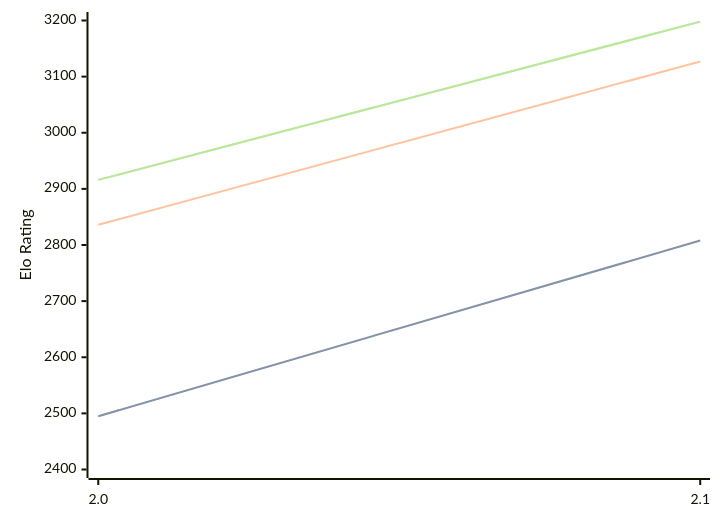
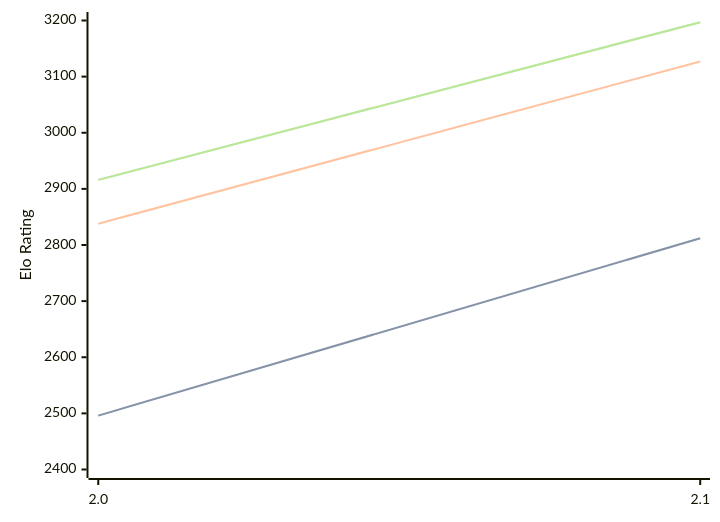
One commit to computer-chess-index/cci changed the third of 3 diagrams in engines/Tunguska.md. Above: the diagram before and after it, drawn with Mermaid. The commit also changed other lines of this file, not shown here.

Commit message:
Update CCI Ratings (ELO VLTC) - 2026-06-24

````diff
--- a/engines/Tunguska.md
+++ b/engines/Tunguska.md
@@ -65,11 +65,11 @@
 ```mermaid
 %%{init: {"theme":"base","themeVariables":{"seriesColors:['#a3a3a3','#222221','#faa371']}}}%%
 xychart-beta
   x-axis ["2.0", "2.1"]
   y-axis "Elo Rating" 2400 --> 3200
-  line "STC (8.0+0.08s)" [2495, 2808]
-  line "STC (8.0+0.08s)" [2495, 2808]
-  line "LTC (60.0+0.60s)" [2836, 3127]
-  line "VLTC (2m24s+1.12s)" [2916, 3198]
-  line "VLTC (2m24s+1.12s)" [2916, 3198]
+  line "STC (8.0+0.08s)" [2496, 2812]
+  line "STC (8.0+0.08s)" [2496, 2812]
+  line "LTC (60.0+0.60s)" [2838, 3127]
+  line "VLTC (2m24s+1.12s)" [2916, 3197]
+  line "VLTC (2m24s+1.12s)" [2916, 3197]
 ```
````
